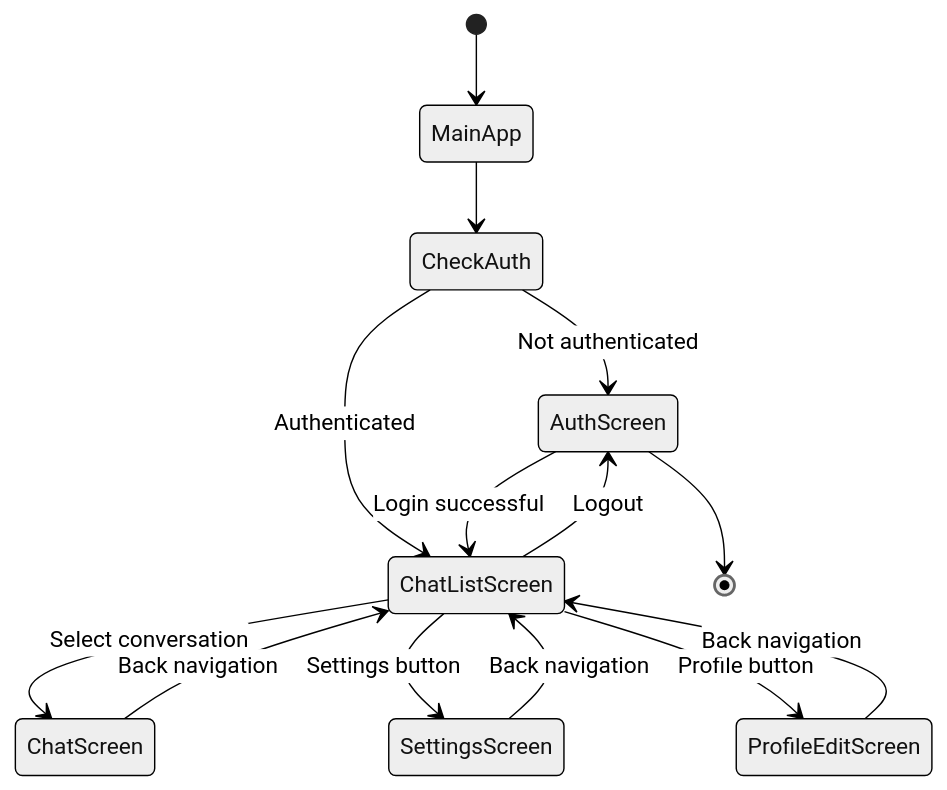
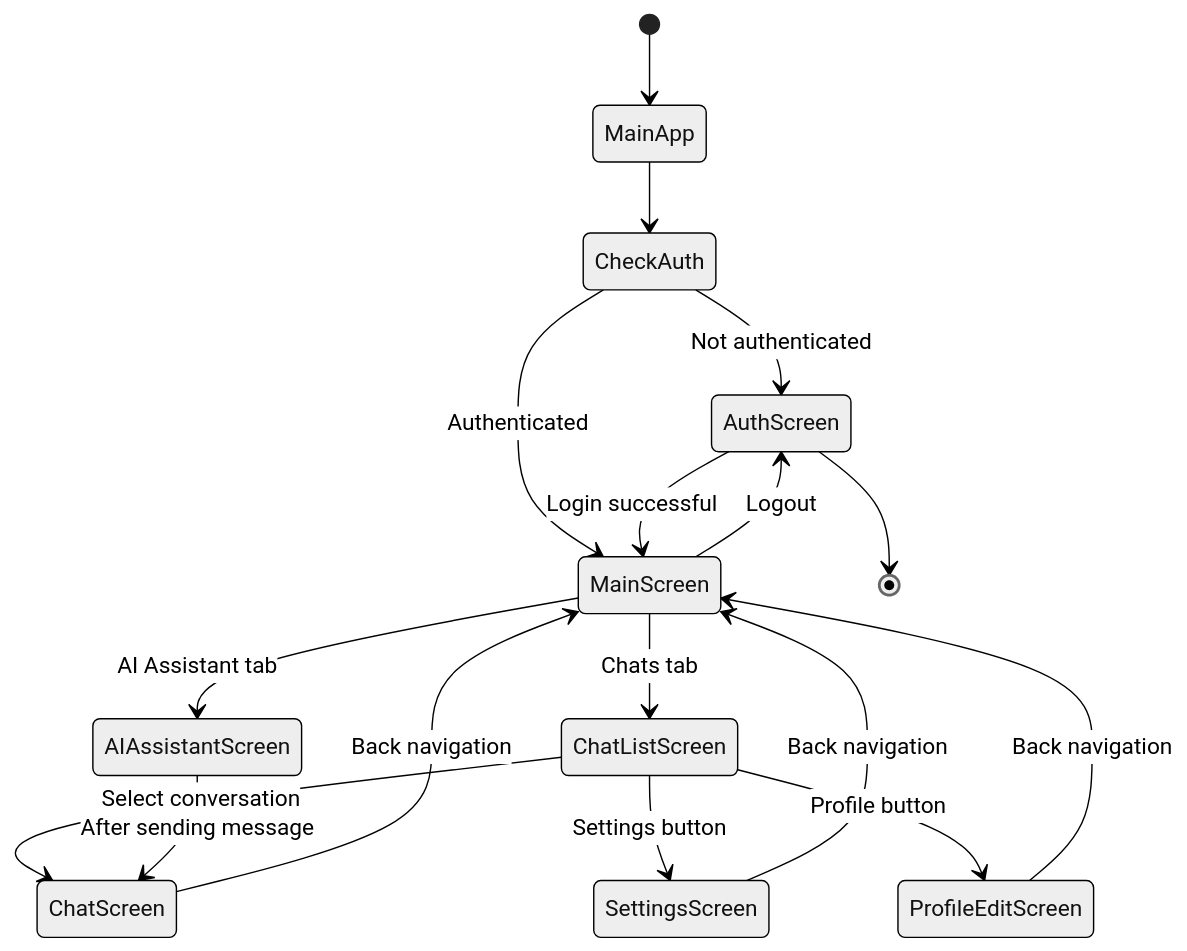
One commit to shoebsmk/Flutter-chat-claude changed the sixth of 10 diagrams in chat_app/ARCHITECTURE.md. Above: the diagram before and after it, drawn with Mermaid (neutral theme). The commit also changed other lines of this file and 4 other files, not shown here.

````diff
--- a/chat_app/ARCHITECTURE.md
+++ b/chat_app/ARCHITECTURE.md
@@ -236,16 +260,19 @@
 ```mermaid
 stateDiagram-v2
     [*] --> MainApp
     MainApp --> CheckAuth
     CheckAuth --> AuthScreen: Not authenticated
-    CheckAuth --> ChatListScreen: Authenticated
-    AuthScreen --> ChatListScreen: Login successful
+    CheckAuth --> MainScreen: Authenticated
+    AuthScreen --> MainScreen: Login successful
+    MainScreen --> ChatListScreen: Chats tab
+    MainScreen --> AIAssistantScreen: AI Assistant tab
     ChatListScreen --> ChatScreen: Select conversation
     ChatListScreen --> SettingsScreen: Settings button
     ChatListScreen --> ProfileEditScreen: Profile button
-    ChatScreen --> ChatListScreen: Back navigation
-    SettingsScreen --> ChatListScreen: Back navigation
-    ProfileEditScreen --> ChatListScreen: Back navigation
-    ChatListScreen --> AuthScreen: Logout
+    AIAssistantScreen --> ChatScreen: After sending message
+    ChatScreen --> MainScreen: Back navigation
+    SettingsScreen --> MainScreen: Back navigation
+    ProfileEditScreen --> MainScreen: Back navigation
+    MainScreen --> AuthScreen: Logout
     AuthScreen --> [*]
 ```
````
